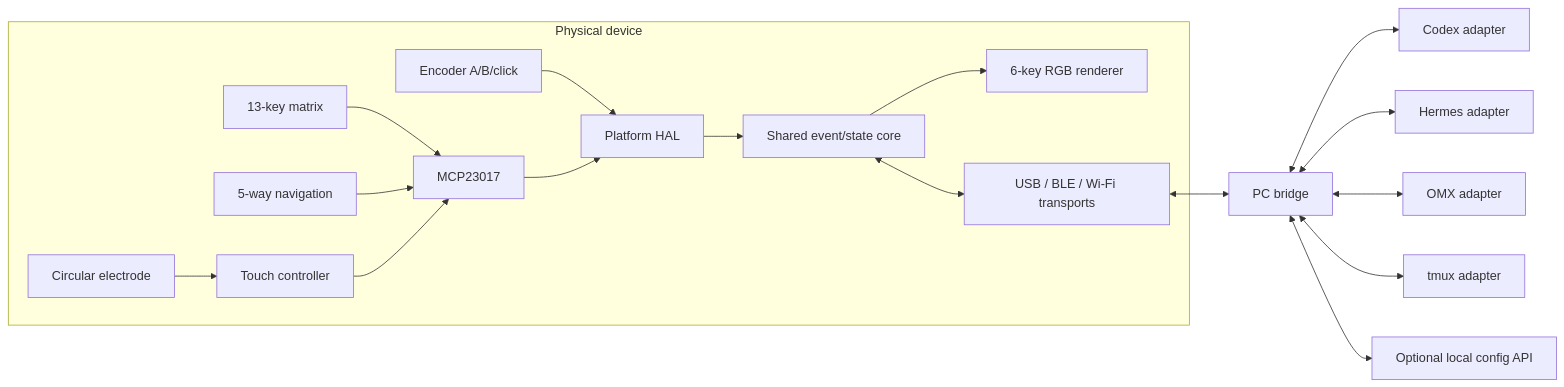
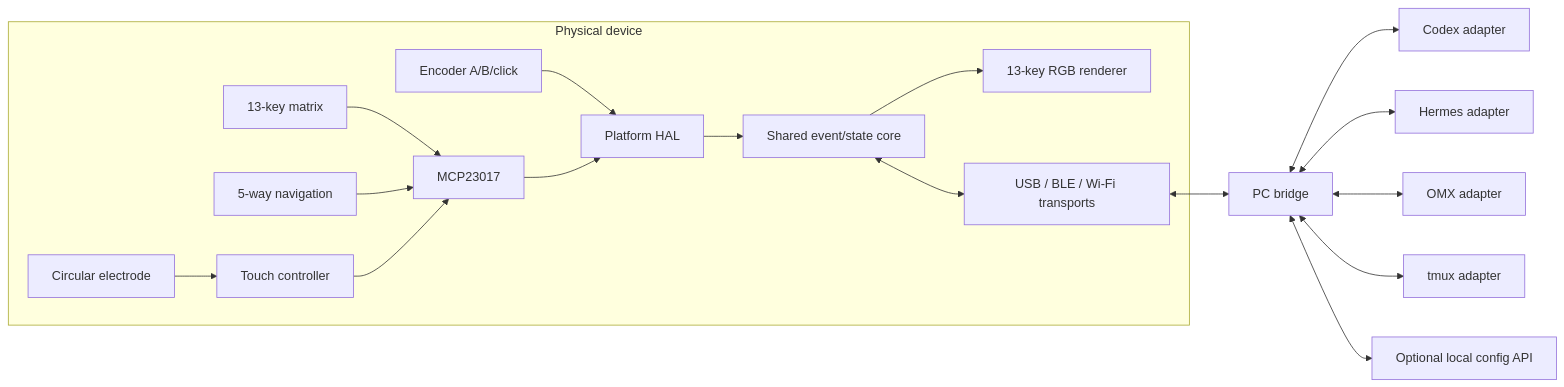
The first of 2 diagrams in docs/architecture/system-architecture.md (hdh7485/agent-deck), drawn with Mermaid before and after one commit. The commit also changed other lines of this file and 28 other files, not shown here.

````diff
--- a/docs/architecture/system-architecture.md
+++ b/docs/architecture/system-architecture.md
@@ -9,20 +9,20 @@
 ```mermaid
 flowchart LR
     subgraph Device[Physical device]
         K[13-key matrix] --> IOX[MCP23017]
         J[5-way navigation] --> IOX
         T[Circular electrode] --> TC[Touch controller] --> IOX
         E[Encoder A/B/click] --> HAL[Platform HAL]
         IOX --> HAL
         HAL --> CORE[Shared event/state core]
-        CORE --> RGB[6-key RGB renderer]
+        CORE --> RGB[13-key RGB renderer]
         CORE <--> TR[USB / BLE / Wi-Fi transports]
     end
 
     TR <--> BRIDGE[PC bridge]
     BRIDGE <--> CODEX[Codex adapter]
     BRIDGE <--> HERMES[Hermes adapter]
     BRIDGE <--> OMX[OMX adapter]
     BRIDGE <--> TMUX[tmux adapter]
     BRIDGE <--> UI[Optional local config API]
 ```
````
